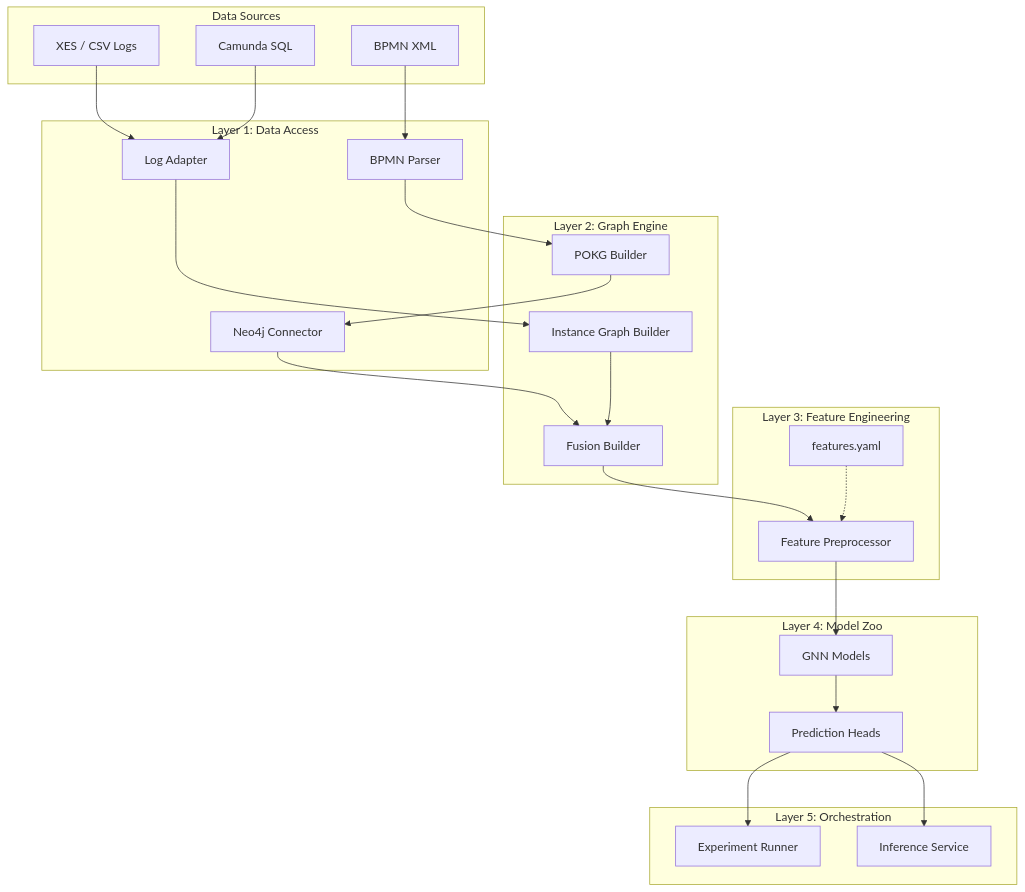
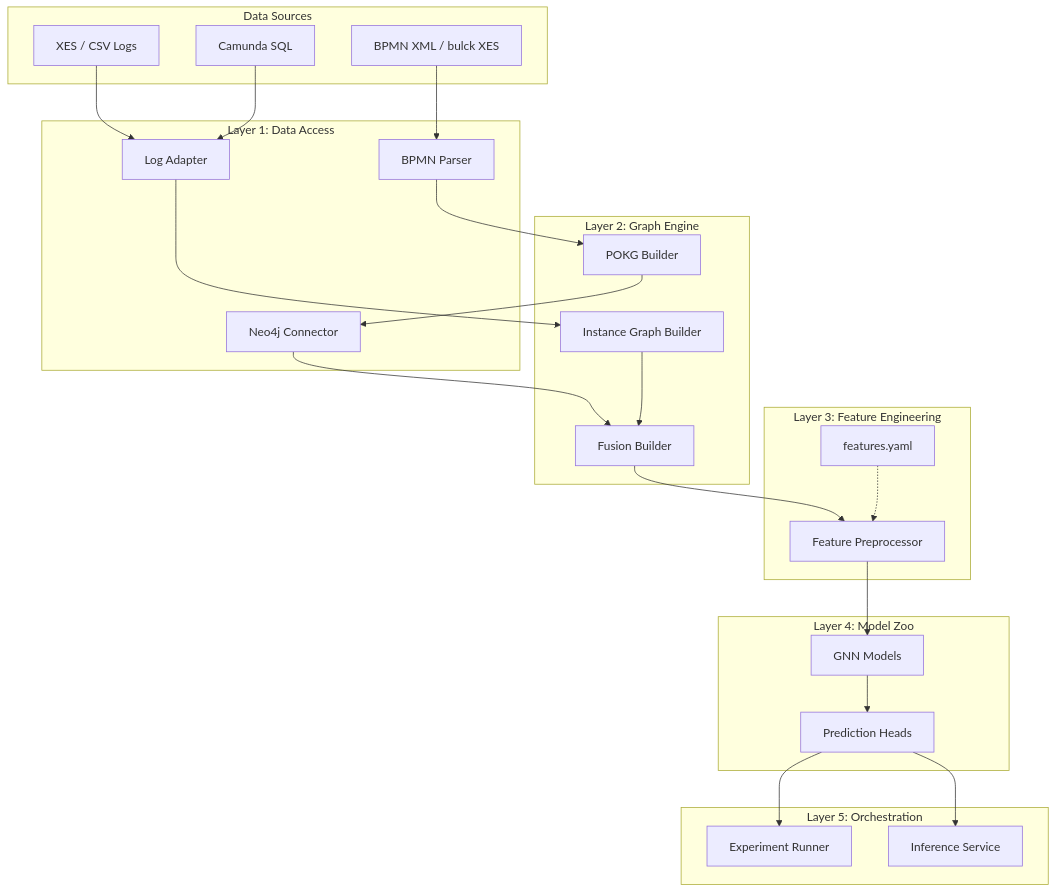
One commit to ghsrg/bpm_prediction changed the diagram in README_new.MD. Above: the diagram before and after it, drawn with Mermaid. The commit also changed other lines of this file, not shown here.

`````diff
--- a/README_new.MD
+++ b/README_new.MD
@@ -79,53 +79,53 @@
 ```mermaid
 flowchart TD
     subgraph Data Sources
         XES[XES / CSV Logs]
         SQL[Camunda SQL]
-        BPMN[BPMN XML]
+        BPMN[BPMN XML / bulck XES]
     end
 
     subgraph Layer 1: Data Access
         LA[Log Adapter]
         BA[BPMN Parser]
         NA[Neo4j Connector]
     end
 
     subgraph Layer 2: Graph Engine
         PB[POKG Builder]
         IGB[Instance Graph Builder]
         FB[Fusion Builder]
     end
 
     subgraph Layer 3: Feature Engineering
         FP[Feature Preprocessor]
         Conf[features.yaml]
     end
 
     subgraph Layer 4: Model Zoo
         GNN[GNN Models]
         Heads[Prediction Heads]
     end
 
     subgraph Layer 5: Orchestration
         Exp[Experiment Runner]
         Inf[Inference Service]
     end
 
     XES --> LA
     SQL --> LA
     BPMN --> BA
     
     BA --> PB
     PB --> NA
     NA --> FB
     
     LA --> IGB
     IGB --> FB
     
     FB --> FP
     Conf -.-> FP
     FP --> GNN
     GNN --> Heads
     Heads --> Exp
     Heads --> Inf
 ````
`````
